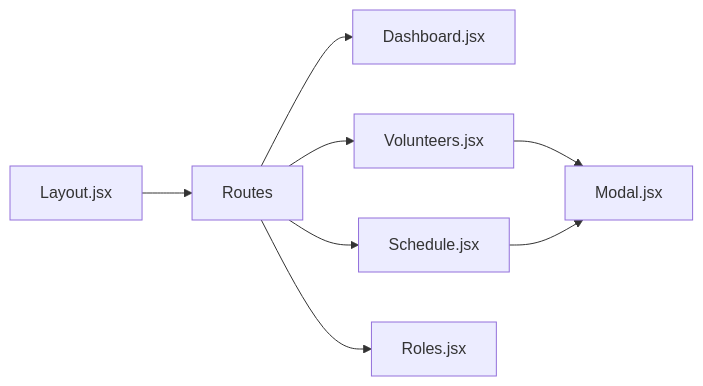
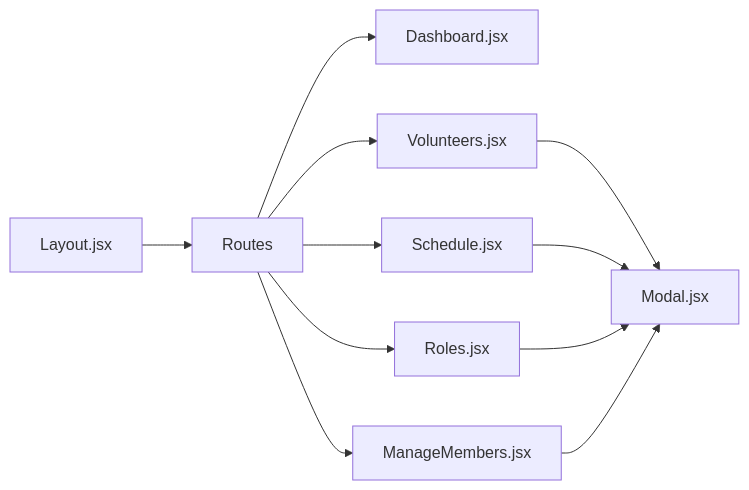
The seventh of 9 diagrams in .qoder/repowiki/en/content/State Management System/State Management System.md (netdaniel/serveflow), drawn with Mermaid before and after one commit. The commit also changed other lines of this file and 15 other files, not shown here.

````diff
--- a/.qoder/repowiki/en/content/State Management System/State Management System.md
+++ b/.qoder/repowiki/en/content/State Management System/State Management System.md
@@ -327,10 +430,13 @@
 ```mermaid
 graph LR
 LAYOUT["Layout.jsx"] --> ROUTES["Routes"]
 ROUTES --> DASH["Dashboard.jsx"]
 ROUTES --> VOL["Volunteers.jsx"]
 ROUTES --> SCH["Schedule.jsx"]
 ROUTES --> ROLES["Roles.jsx"]
+ROUTES --> MEMBERS["ManageMembers.jsx"]
 VOL --> MODAL["Modal.jsx"]
 SCH --> MODAL
+ROLES --> MODAL
+MEMBERS --> MODAL
 ```
````
